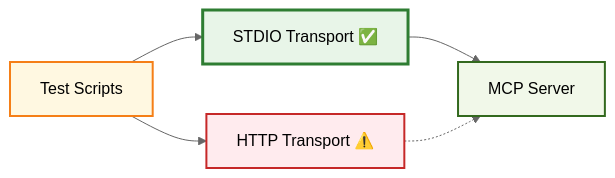
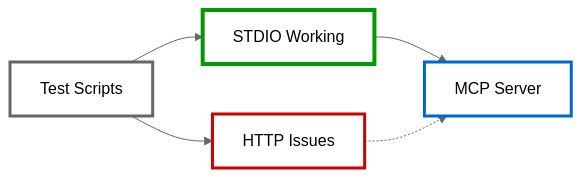
Before and after one commit to wuchris-ch/Finance-API-Alert-System: the third of 3 diagrams in README.md, drawn with Mermaid (neutral theme). The commit also changed other lines of this file, not shown here.

First line of the commit message:
🎨 Improve mermaid diagram text readability

````diff
--- a/README.md
+++ b/README.md
@@ -89,17 +89,17 @@
 ```mermaid
 graph LR
-    TEST[Test Scripts] --> STDIO[STDIO Transport ✅]
-    TEST --> HTTP[HTTP Transport ⚠️]
+    TEST[Test Scripts] --> STDIO[STDIO Working]
+    TEST --> HTTP[HTTP Issues]
     STDIO --> MCP[MCP Server]
     HTTP -.-> MCP
     
-    classDef testing fill:#fff8e1,stroke:#f57f17,stroke-width:2px
-    classDef working fill:#e8f5e8,stroke:#2e7d32,stroke-width:3px
-    classDef issues fill:#ffebee,stroke:#c62828,stroke-width:2px
-    classDef mcp fill:#f1f8e9,stroke:#33691e,stroke-width:2px
+    classDef testing fill:#ffffff,stroke:#666666,stroke-width:3px,color:#000000
+    classDef working fill:#ffffff,stroke:#009900,stroke-width:4px,color:#000000
+    classDef issues fill:#ffffff,stroke:#cc0000,stroke-width:3px,color:#000000
+    classDef mcp fill:#ffffff,stroke:#0066cc,stroke-width:3px,color:#000000
     
     class TEST testing
     class STDIO working
     class HTTP issues
     class MCP mcp
 ```
````
